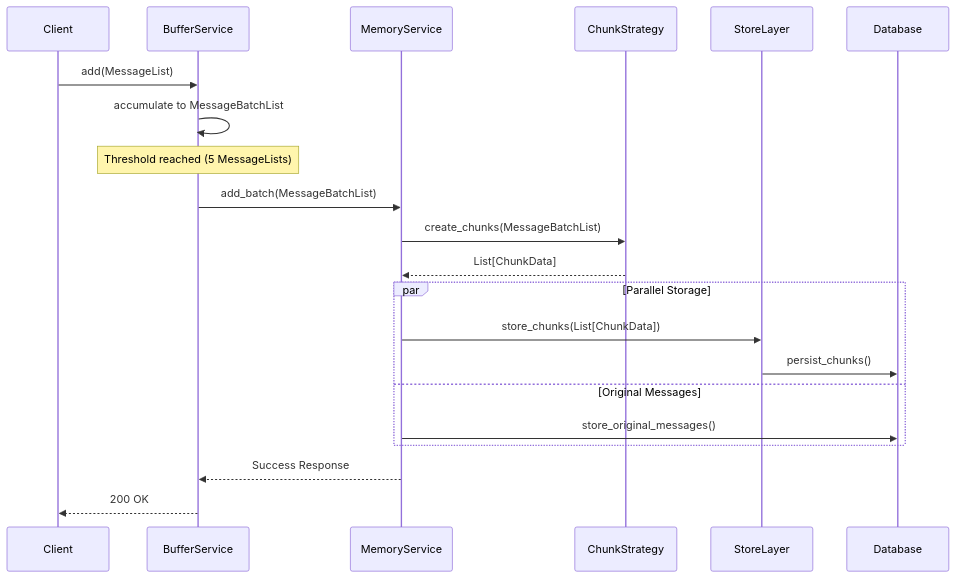
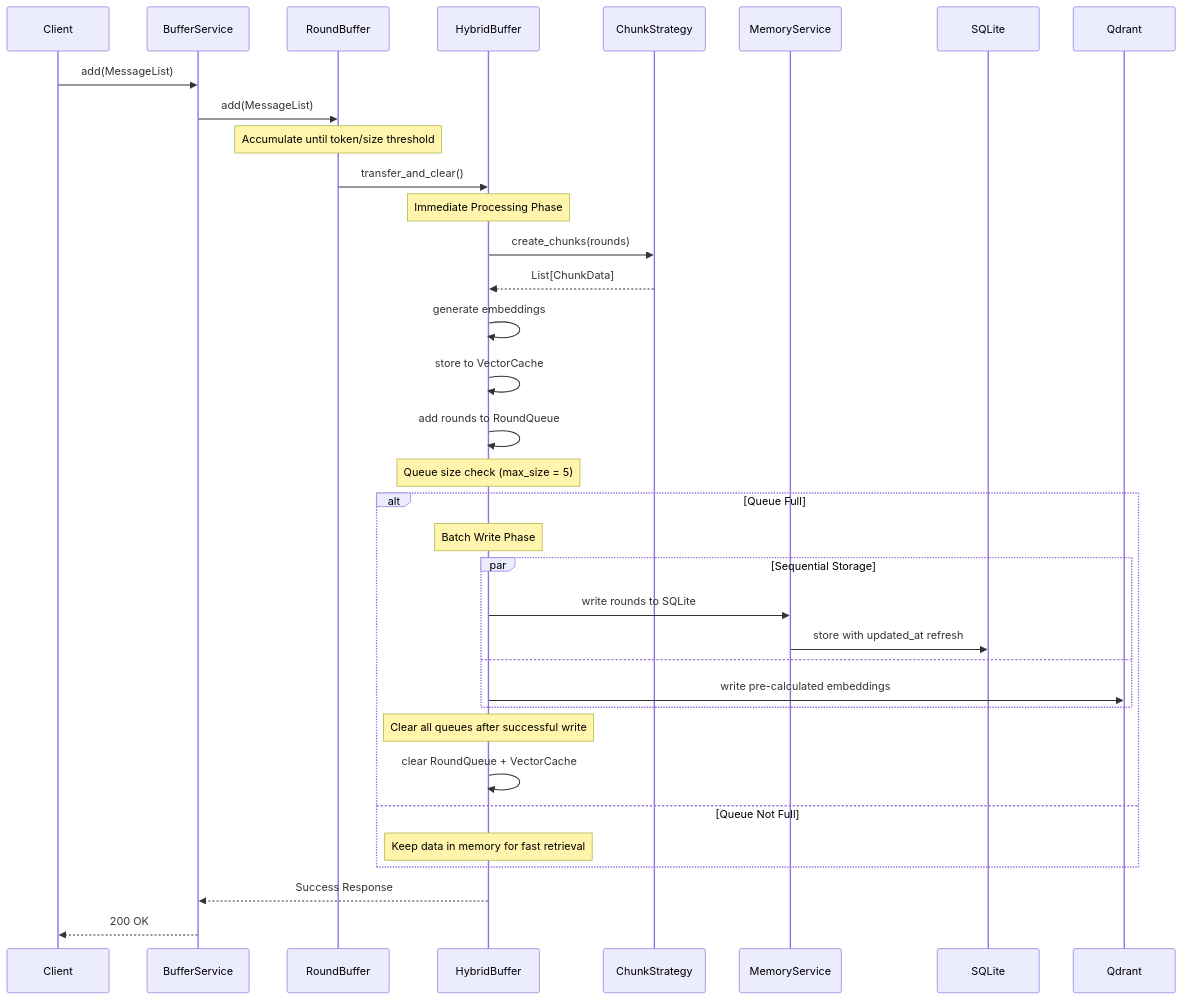
Before and after one commit to memfuse/memfuse: the second of 12 diagrams in docs/architecture/chunking.md, drawn with Mermaid. The commit also changed other lines of this file and 8 other files, not shown here.

First line of the commit message:
feat(buffer): implement dual-queue HybridBuffer with immediate processing

````diff
--- a/docs/architecture/chunking.md
+++ b/docs/architecture/chunking.md
@@ -42,28 +42,45 @@
 ```mermaid
 sequenceDiagram
     participant Client
     participant BufferService
+    participant RoundBuffer
+    participant HybridBuffer
+    participant ChunkStrategy
     participant MemoryService
-    participant ChunkStrategy
-    participant StoreLayer
-    participant Database
+    participant SQLite
+    participant Qdrant
 
     Client->>BufferService: add(MessageList)
-    BufferService->>BufferService: accumulate to MessageBatchList
-    
-    Note over BufferService: Threshold reached (5 MessageLists)
-    
-    BufferService->>MemoryService: add_batch(MessageBatchList)
-    MemoryService->>ChunkStrategy: create_chunks(MessageBatchList)
-    ChunkStrategy-->>MemoryService: List[ChunkData]
-    
-    par Parallel Storage
-        MemoryService->>StoreLayer: store_chunks(List[ChunkData])
-        StoreLayer->>Database: persist_chunks()
-    and Original Messages
-        MemoryService->>Database: store_original_messages()
+    BufferService->>RoundBuffer: add(MessageList)
+
+    Note over RoundBuffer: Accumulate until token/size threshold
+
+    RoundBuffer->>HybridBuffer: transfer_and_clear()
+
+    Note over HybridBuffer: Immediate Processing Phase
+    HybridBuffer->>ChunkStrategy: create_chunks(rounds)
+    ChunkStrategy-->>HybridBuffer: List[ChunkData]
+    HybridBuffer->>HybridBuffer: generate embeddings
+    HybridBuffer->>HybridBuffer: store to VectorCache
+    HybridBuffer->>HybridBuffer: add rounds to RoundQueue
+
+    Note over HybridBuffer: Queue size check (max_size = 5)
+
+    alt Queue Full
+        Note over HybridBuffer: Batch Write Phase
+        par Sequential Storage
+            HybridBuffer->>MemoryService: write rounds to SQLite
+            MemoryService->>SQLite: store with updated_at refresh
+        and
+            HybridBuffer->>Qdrant: write pre-calculated embeddings
+        end
+
+        Note over HybridBuffer: Clear all queues after successful write
+        HybridBuffer->>HybridBuffer: clear RoundQueue + VectorCache
+    else Queue Not Full
+        Note over HybridBuffer: Keep data in memory for fast retrieval
     end
-    
-    MemoryService-->>BufferService: Success Response
+
+    HybridBuffer-->>BufferService: Success Response
     BufferService-->>Client: 200 OK
 ```
````
